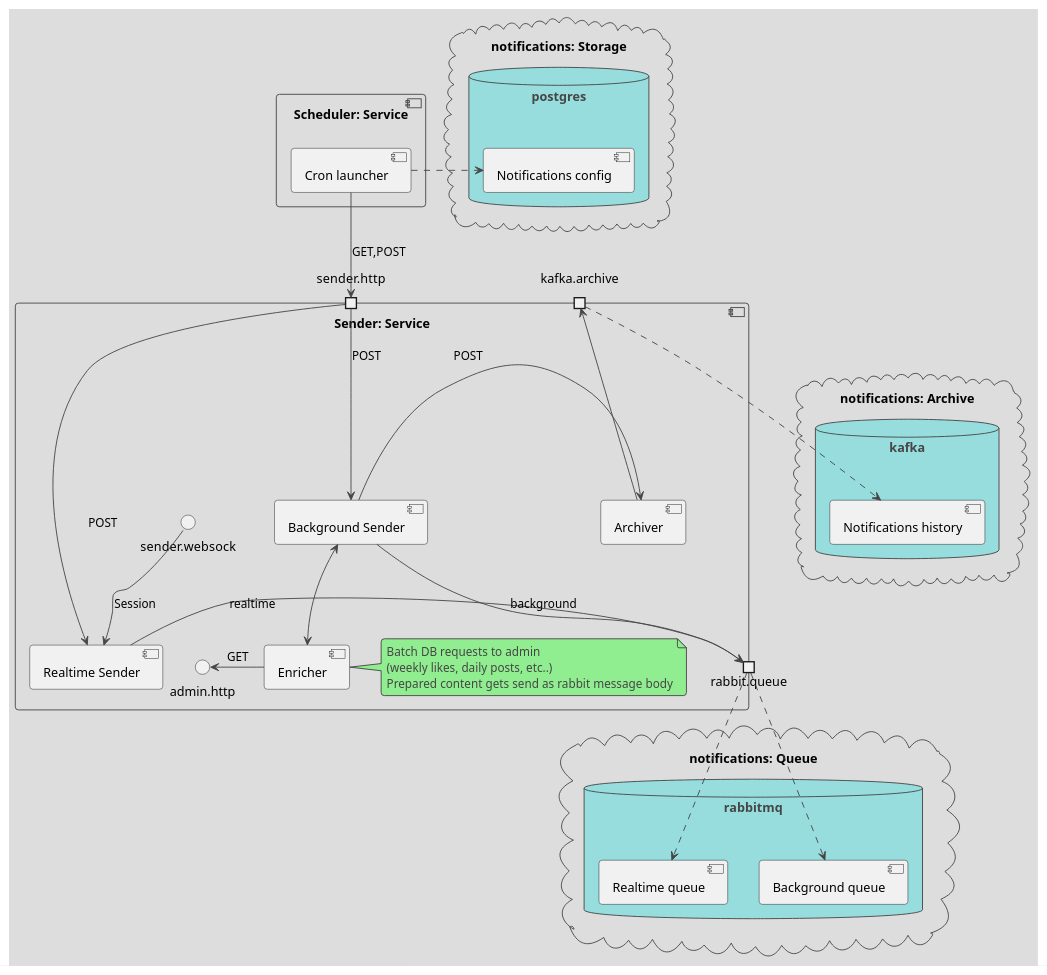
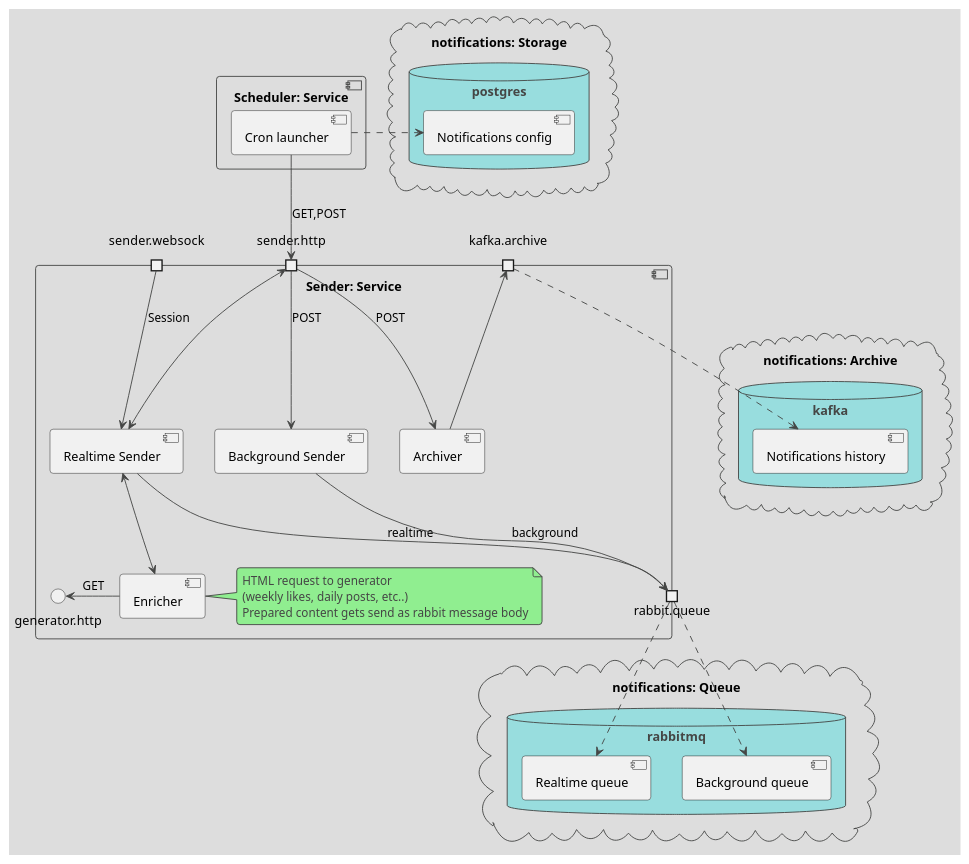
The diagram in doc/arch/notifications_sender.puml (ilya-spy/notifications_sprint_1), drawn with PlantUML before and after one commit. The commit also changed 6 other files, not shown here.

Commit message:
update sender diagram

```diff
--- a/doc/arch/notifications_sender.puml
+++ b/doc/arch/notifications_sender.puml
@@ -1,74 +1,74 @@
 @startuml "Notifications sender module"
 !theme toy
 '''Часть сервиса уведомлений, отвечающая за создание и администрирование нотификаций'''
 
 
 '''Хранилища и внешние сервисы'''
 cloud "notifications: Storage" {
     database "postgres" {
         [Notifications config]
 
     }
 }
 
 cloud "notifications: Queue" {
     database "rabbitmq" {
         [Realtime queue]
         [Background queue]
     }
 }
 
 cloud "notifications: Archive" {
     database "kafka" {
         [Notifications history]
     }
 }
 
 
 '''Компоненты бизнес-логики'''
 component "Scheduler: Service" {
     'Компоненты службы'
     [Cron launcher]
 }
 
 component "Sender: Service" {
     'Внешние интерфейсы службы'
+    port sender.websock
     port sender.http
     
     port kafka.archive
     portout rabbit.queue
 
     'Компоненты службы'
     [Enricher]
-    note right of [Enricher]:  Batch DB requests to admin\n(weekly likes, daily posts, etc..)\nPrepared content gets send as rabbit message body
+    note right of [Enricher]:  HTML request to generator\n(weekly likes, daily posts, etc..)\nPrepared content gets send as rabbit message body
     [Realtime Sender]
     [Background Sender]
     [Archiver]
 
     'Внутренние каналы службы'
-    [Background Sender] <--> [Enricher]
+    [Realtime Sender] <--> [Enricher]
 
     'Обслуживание внешних интерфейсы'
-    sender.http --> [Background Sender]: POST
-    sender.http --> [Realtime Sender]: POST
-    admin.http  <- [Enricher]: GET
+    sender.http -->  [Background Sender]: POST
+    sender.http -->  [Archiver]: POST
+    sender.http <--> [Realtime Sender]
+    generator.http  <-   [Enricher]: GET
 
     sender.websock --> [Realtime Sender]: Session
 
     [Archiver] --> kafka.archive
     [Realtime Sender] --> rabbit.queue: realtime
     [Background Sender] --> rabbit.queue: background
-    [Background Sender] -> [Archiver]: POST
-
 }
 
 
 '''Обслуживание внешних и облачных сервисов'''
 [Cron launcher] .> [Notifications config]
 [Cron launcher] --> sender.http: GET,POST
 
 kafka.archive ..>  [Notifications history]
 rabbit.queue ..> [Background queue]
 rabbit.queue ..> [Realtime queue]
 
 @enduml
```
